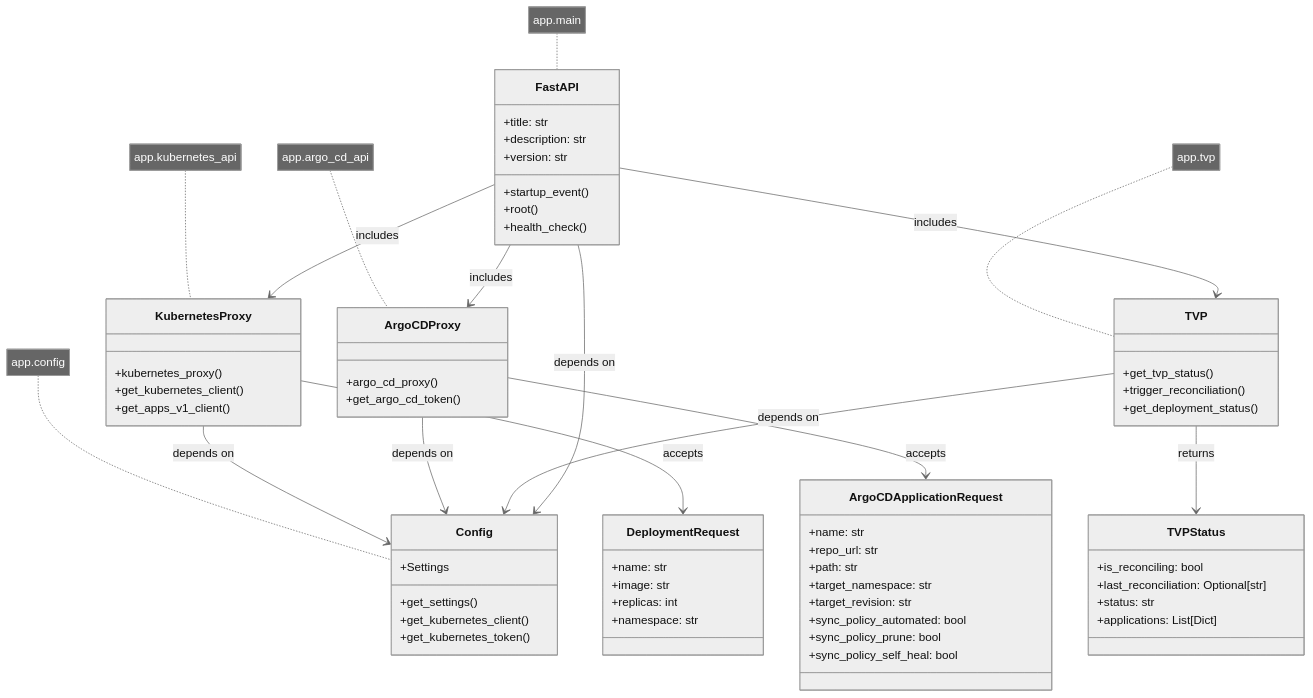
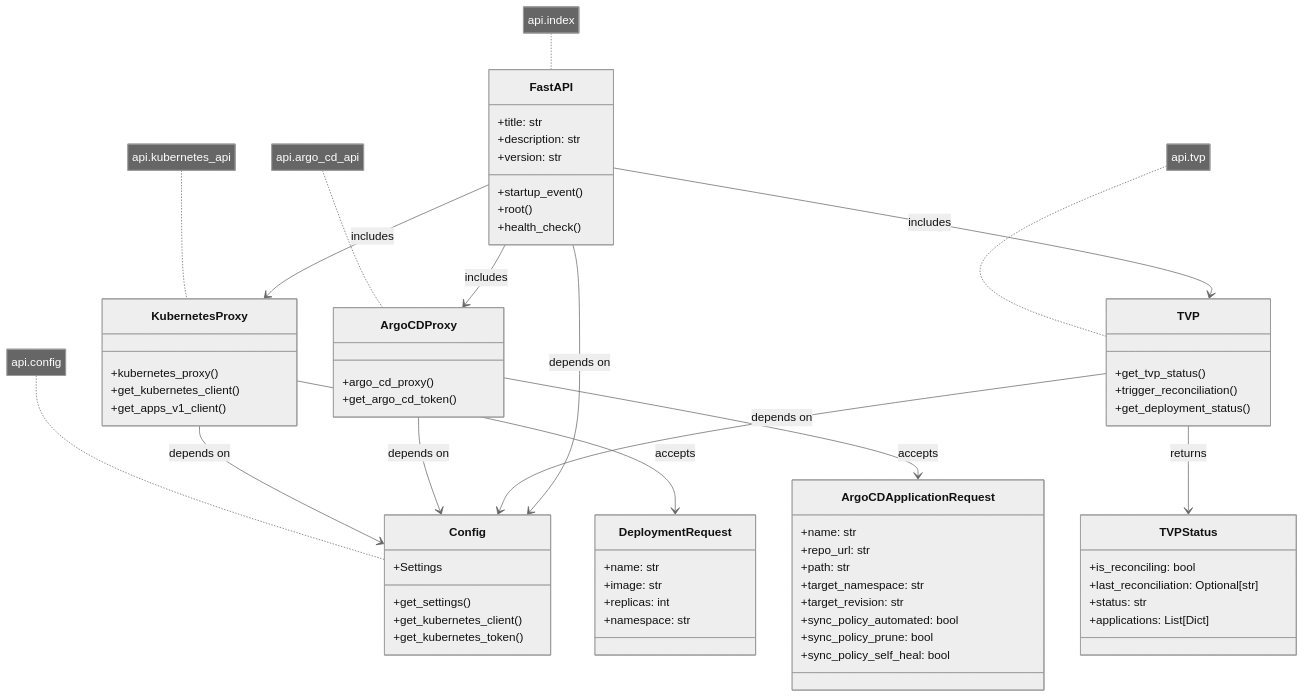
Before and after one commit to lloydchang/tvp-k8s: the sixth of 11 diagrams in README.md, drawn with Mermaid (neutral theme). The commit also changed other lines of this file and 33 other files, not shown here.

````diff
--- a/README.md
+++ b/README.md
@@ -554,77 +554,77 @@
 ```mermaid
 classDiagram
     class FastAPI {
         +title: str
         +description: str
         +version: str
         +startup_event()
         +root()
         +health_check()
     }
     
     class KubernetesProxy {
         +kubernetes_proxy()
         +get_kubernetes_client()
         +get_apps_v1_client()
     }
     
     class ArgoCDProxy {
         +argo_cd_proxy()
         +get_argo_cd_token()
     }
     
     class TVP {
         +get_tvp_status()
         +trigger_reconciliation()
         +get_deployment_status()
     }
     
     class Config {
         +Settings
         +get_settings()
         +get_kubernetes_client()
         +get_kubernetes_token()
     }
 
     class TVPStatus {
         +is_reconciling: bool
         +last_reconciliation: Optional[str]
         +status: str
         +applications: List[Dict]
     }
 
     class DeploymentRequest {
         +name: str
         +image: str
         +replicas: int
         +namespace: str
     }
 
     class ArgoCDApplicationRequest {
         +name: str
         +repo_url: str
         +path: str
         +target_namespace: str
         +target_revision: str
         +sync_policy_automated: bool
         +sync_policy_prune: bool
         +sync_policy_self_heal: bool
     }
     
     FastAPI --> KubernetesProxy : includes
     FastAPI --> ArgoCDProxy : includes
     FastAPI --> TVP : includes
     KubernetesProxy --> Config : depends on
     ArgoCDProxy --> Config : depends on
     TVP --> Config : depends on
     FastAPI --> Config : depends on
     TVP --> TVPStatus : returns
     KubernetesProxy --> DeploymentRequest : accepts
     ArgoCDProxy --> ArgoCDApplicationRequest : accepts
 
-    note for FastAPI "app.main"
-    note for KubernetesProxy "app.kubernetes_api"
-    note for ArgoCDProxy "app.argo_cd_api" 
-    note for TVP "app.tvp"
-    note for Config "app.config"
+    note for FastAPI "api.index"
+    note for KubernetesProxy "api.kubernetes_api"
+    note for ArgoCDProxy "api.argo_cd_api" 
+    note for TVP "api.tvp"
+    note for Config "api.config"
 ```
````
